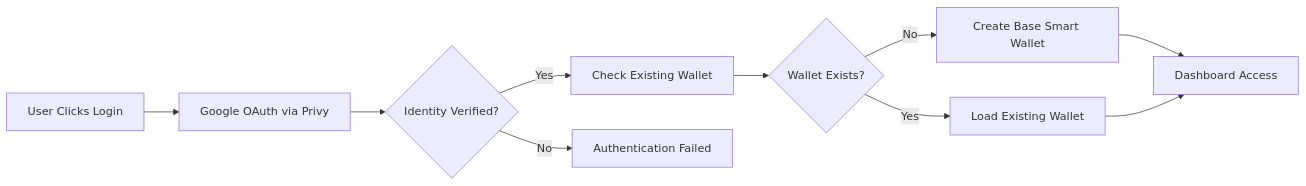
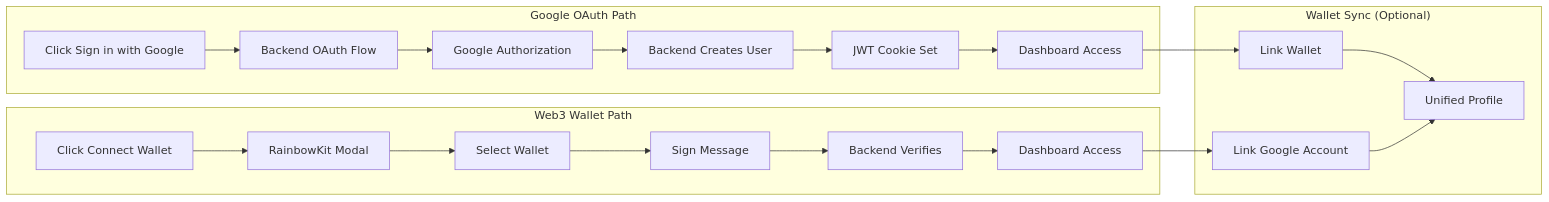
One commit to CrowdFUNding-Base/SC changed the diagram in pitching/products/feature-seedless-access.md. Above: the diagram before and after it, drawn with Mermaid. The commit also changed other lines of this file and 10 other files, not shown here.

````diff
--- a/pitching/products/feature-seedless-access.md
+++ b/pitching/products/feature-seedless-access.md
@@ -27,12 +29,25 @@
 ```mermaid
 flowchart LR
-    A[User Clicks Login] --> B[Google OAuth via Privy]
-    B --> C{Identity Verified?}
-    C -->|Yes| D[Check Existing Wallet]
-    D --> E{Wallet Exists?}
-    E -->|No| F[Create Base Smart Wallet]
-    E -->|Yes| G[Load Existing Wallet]
-    F --> H[Dashboard Access]
-    G --> H
-    C -->|No| I[Authentication Failed]
+    subgraph GooglePath["Google OAuth Path"]
+        A1[Click Sign in with Google] --> B1[Backend OAuth Flow]
+        B1 --> C1[Google Authorization]
+        C1 --> D1[Backend Creates User]
+        D1 --> E1[JWT Cookie Set]
+        E1 --> F1[Dashboard Access]
+    end
+
+    subgraph WalletPath["Web3 Wallet Path"]
+        A2[Click Connect Wallet] --> B2[RainbowKit Modal]
+        B2 --> C2[Select Wallet]
+        C2 --> D2[Sign Message]
+        D2 --> E2[Backend Verifies]
+        E2 --> F2[Dashboard Access]
+    end
+
+    subgraph Sync["Wallet Sync (Optional)"]
+        F1 --> G[Link Wallet]
+        F2 --> H[Link Google Account]
+        G --> I[Unified Profile]
+        H --> I
+    end
 ```
````
